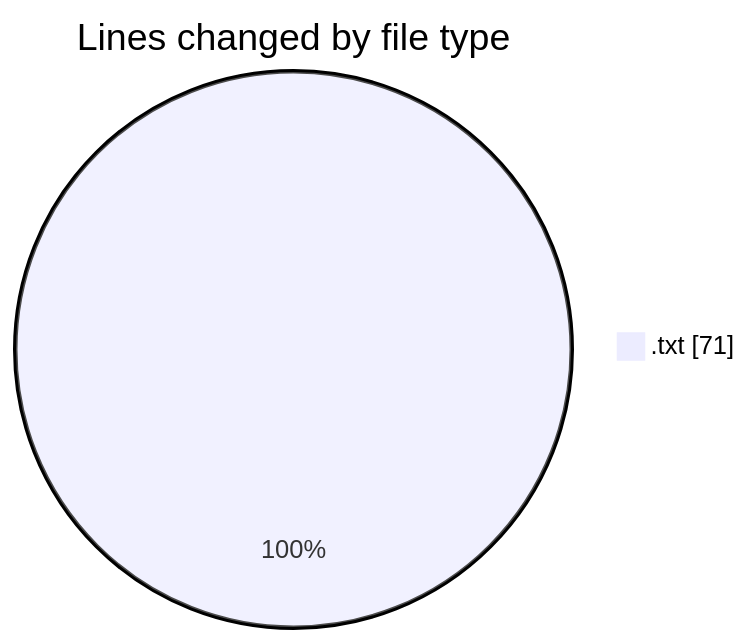
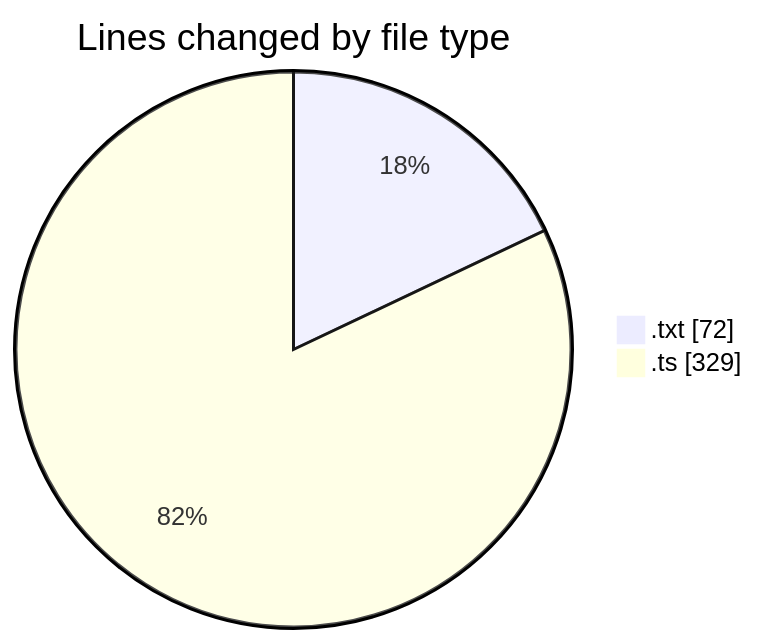
Before and after one commit to CELIANVF/code-tracking: the first of 2 diagrams in 2025-05-28/ecodeli-1/README.md, drawn with Mermaid. The commit also changed other lines of this file and 1 other file, not shown here.

````diff
--- a/2025-05-28/ecodeli-1/README.md
+++ b/2025-05-28/ecodeli-1/README.md
@@ -20,5 +23,6 @@
 ```mermaid
 pie showData
 title Lines changed by file type
-".txt" : 71
+".txt" : 72
+".ts" : 329
 ```
````
